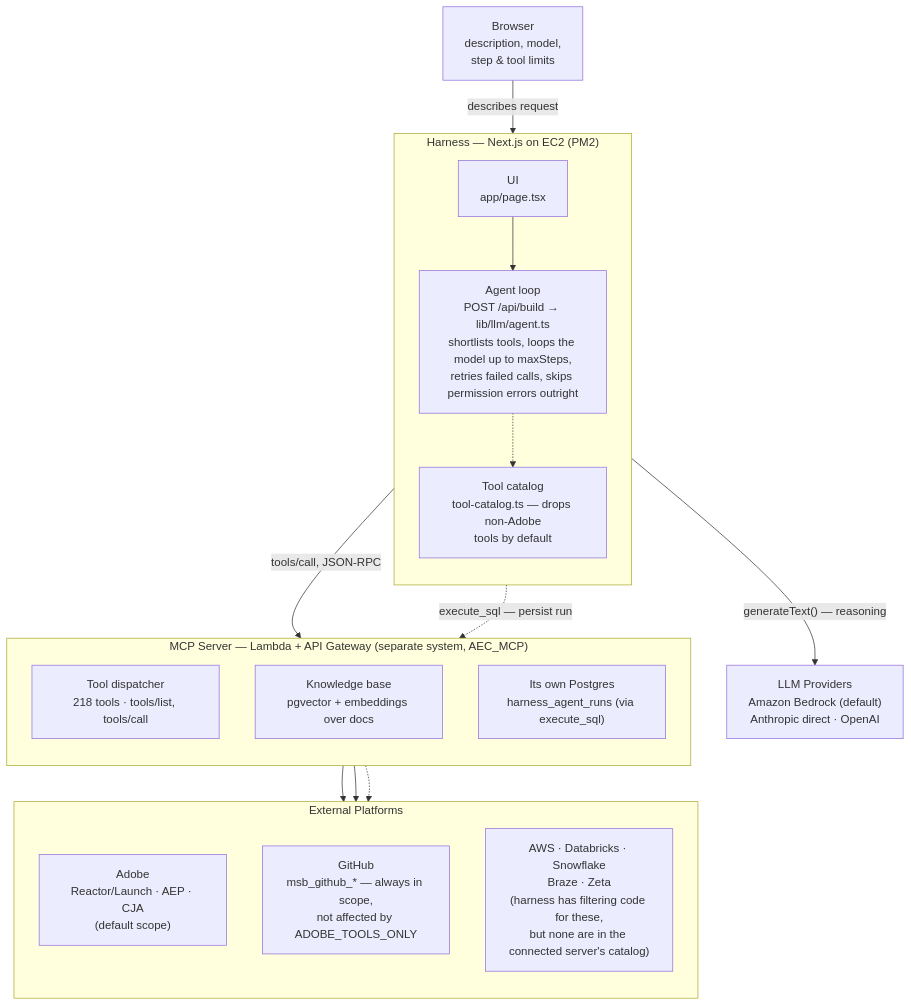
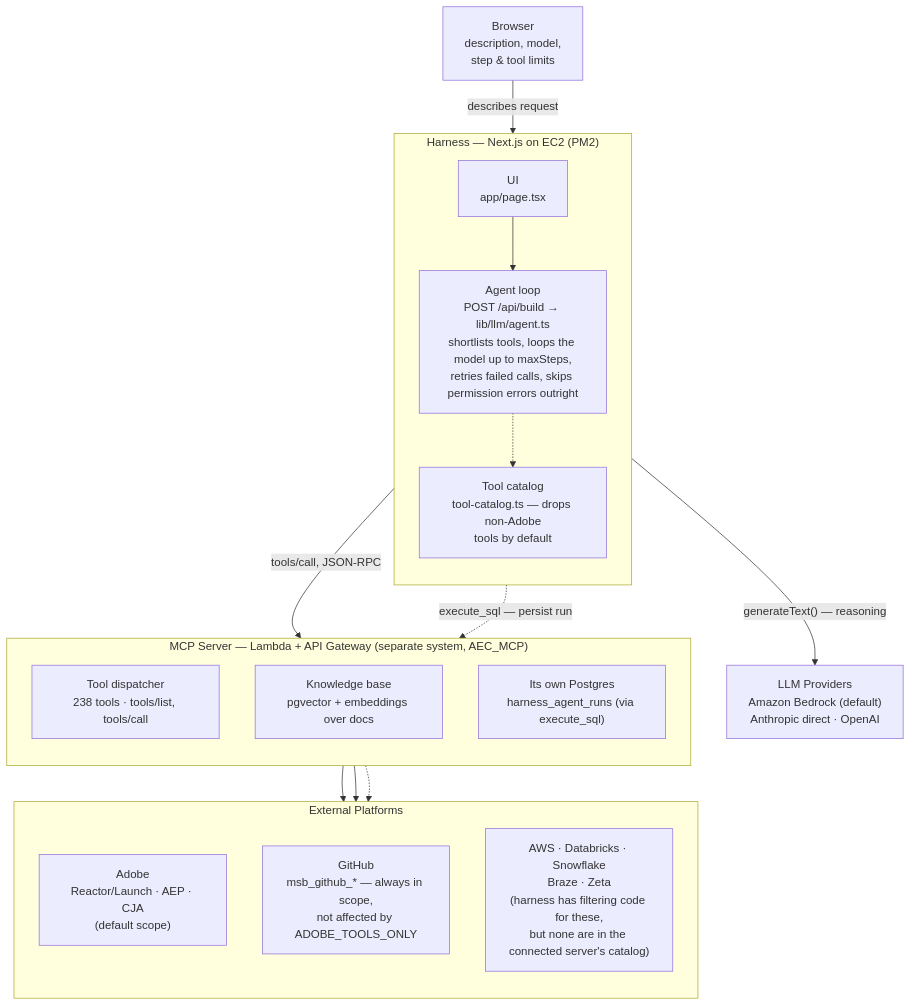
One commit to chaunceyplum/NEXT_HARNESS changed the diagram in ARCHITECTURE.md. Above: the diagram before and after it, drawn with Mermaid. The commit also changed other lines of this file and 2 other files, not shown here.

First line of the commit message:
Document Flow Service/Segmentation round-out + Data Prep API catalog additions

````diff
--- a/ARCHITECTURE.md
+++ b/ARCHITECTURE.md
@@ -8,37 +8,37 @@
 ```mermaid
 flowchart TD
     Browser["Browser<br/>description, model,<br/>step &amp; tool limits"]
 
     subgraph Harness["Harness — Next.js on EC2 (PM2)"]
         direction TB
         UI["UI<br/>app/page.tsx"]
         Agent["Agent loop<br/>POST /api/build → lib/llm/agent.ts<br/>shortlists tools, loops the model up to maxSteps,<br/>retries failed calls, skips permission errors outright"]
         Catalog["Tool catalog<br/>tool-catalog.ts — drops non-Adobe<br/>tools by default"]
         UI --> Agent
         Agent -.-> Catalog
     end
 
     LLM["LLM Providers<br/>Amazon Bedrock (default)<br/>Anthropic direct · OpenAI"]
 
     subgraph MCP["MCP Server — Lambda + API Gateway (separate system, AEC_MCP)"]
         direction TB
-        Dispatcher["Tool dispatcher<br/>218 tools · tools/list, tools/call"]
+        Dispatcher["Tool dispatcher<br/>238 tools · tools/list, tools/call"]
         KB["Knowledge base<br/>pgvector + embeddings over docs"]
         DB["Its own Postgres<br/>harness_agent_runs (via execute_sql)"]
     end
 
     subgraph External["External Platforms"]
         direction TB
         Adobe["Adobe<br/>Reactor/Launch · AEP · CJA<br/>(default scope)"]
         GitHub["GitHub<br/>msb_github_* — always in scope,<br/>not affected by ADOBE_TOOLS_ONLY"]
         Rest["AWS · Databricks · Snowflake<br/>Braze · Zeta<br/>(harness has filtering code for these,<br/>but none are in the connected server's catalog)"]
     end
 
     Browser -->|describes request| UI
     Agent -->|"generateText() — reasoning"| LLM
     Agent -->|tools/call, JSON-RPC| Dispatcher
     Agent -.->|execute_sql — persist run| DB
     Dispatcher --> Adobe
     Dispatcher --> GitHub
     Dispatcher -.-> Rest
 ```
````
